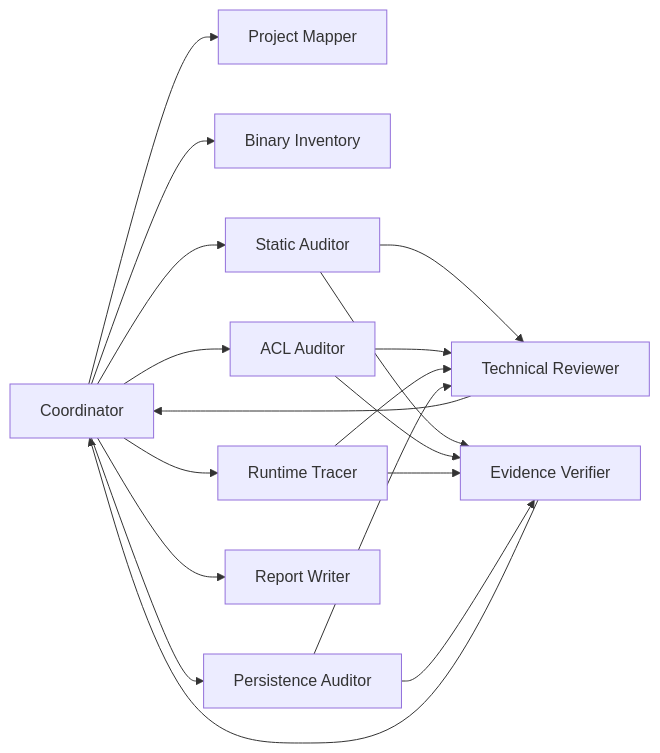
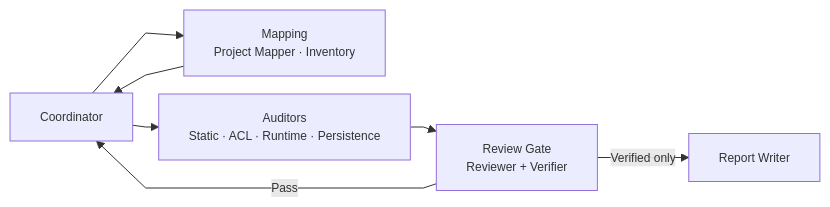
The diagram in decks/windows-audit-design/pages/04_agent_model.md (koalav/present-anyything), drawn with Mermaid before and after one commit. The commit also changed other lines of this file and 259 other files, not shown here.

````diff
--- a/decks/windows-audit-design/pages/04_agent_model.md
+++ b/decks/windows-audit-design/pages/04_agent_model.md
@@ -11,36 +13,16 @@
 ```mermaid
+%%{init: {'themeVariables': {'fontSize': '12px'}, 'flowchart': {'nodeSpacing': 18, 'rankSpacing': 26, 'diagramPadding': 6, 'curve': 'linear'}}}%%
 flowchart LR
     C[Coordinator]
+    M[Mapping<br/>Project Mapper · Inventory]
+    A[Auditors<br/>Static · ACL · Runtime · Persistence]
+    R[Review Gate<br/>Reviewer + Verifier]
+    W[Report Writer]
 
-    PM[Project Mapper]
-    BI[Binary Inventory]
-
-    SA[Static Auditor]
-    AA[ACL Auditor]
-    RT[Runtime Tracer]
-    PA[Persistence Auditor]
-
-    RV[Technical Reviewer]
-    EV[Evidence Verifier]
-    RW[Report Writer]
-
-    C --> PM
-    C --> BI
-    C --> SA
-    C --> AA
-    C --> RT
-    C --> PA
-
-    SA --> RV
-    SA --> EV
-    AA --> RV
-    AA --> EV
-    RT --> RV
-    RT --> EV
-    PA --> RV
-    PA --> EV
-
-    RV --> C
-    EV --> C
-    C --> RW
+    C --> M
+    C --> A
+    M --> C
+    A --> R
+    R -->|Pass| C
+    R -->|Verified only| W
 ```
````
